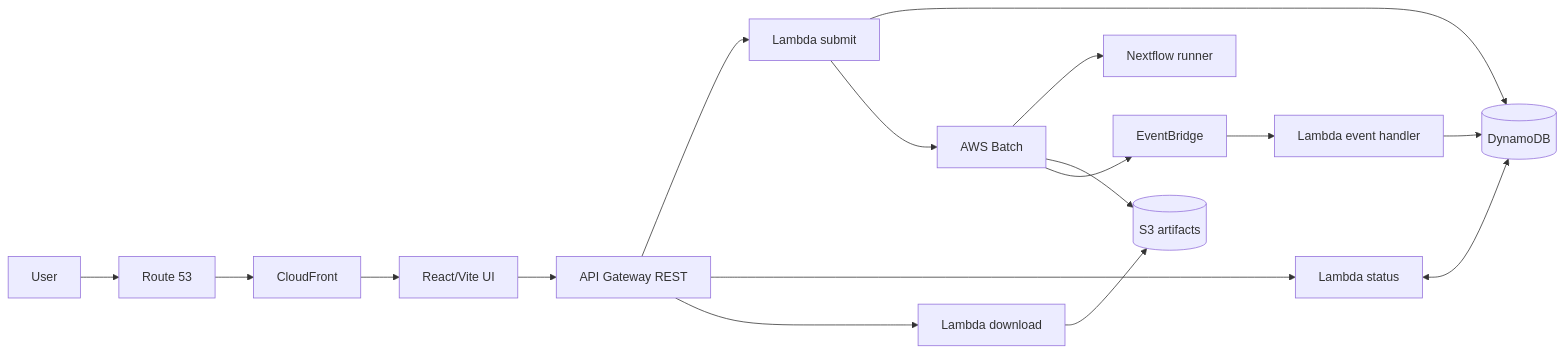
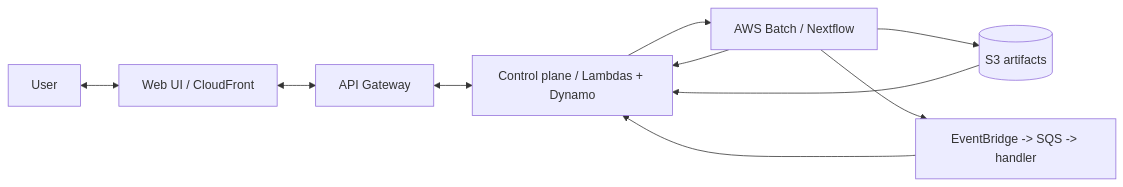
One commit to achandrasek6/Covid-Mortality-Prediction changed the first of 3 diagrams in README.md. Above: the diagram before and after it, drawn with Mermaid. The commit also changed other lines of this file, not shown here.

````diff
--- a/README.md
+++ b/README.md
@@ -58,21 +103,19 @@
 ```mermaid
-flowchart LR;
-  U[User] --> R53[Route 53] --> CF[CloudFront] --> UI[React/Vite UI];
+flowchart LR
+  U[User] <--> UI[Web UI / CloudFront]
+  UI <--> APIGW[API Gateway]
+  APIGW <--> CP[Control plane / Lambdas + Dynamo]
 
-  UI --> APIGW[API Gateway REST];
-  APIGW --> LSUB[Lambda submit];
-  APIGW --> LSTAT[Lambda status];
-  APIGW --> LZIP[Lambda download];
+  CP --> BATCH[AWS Batch / Nextflow]
+  BATCH --> CP
 
-  LSUB --> DDB[(DynamoDB)];
-  LSTAT <--> DDB;
+  BATCH --> S3[(S3 artifacts)]
+  S3 --> CP
 
-  LSUB --> BATCH[AWS Batch];
-  BATCH --> NF[Nextflow runner];
-  BATCH --> S3[(S3 artifacts)];
-  BATCH --> EB[EventBridge];
-  EB --> LEVT[Lambda event handler];
-  LEVT --> DDB;
+  BATCH --> EP[EventBridge -> SQS -> handler]
+  EP --> CP
 
-  LZIP --> S3;
+
+
+
 ```
````
